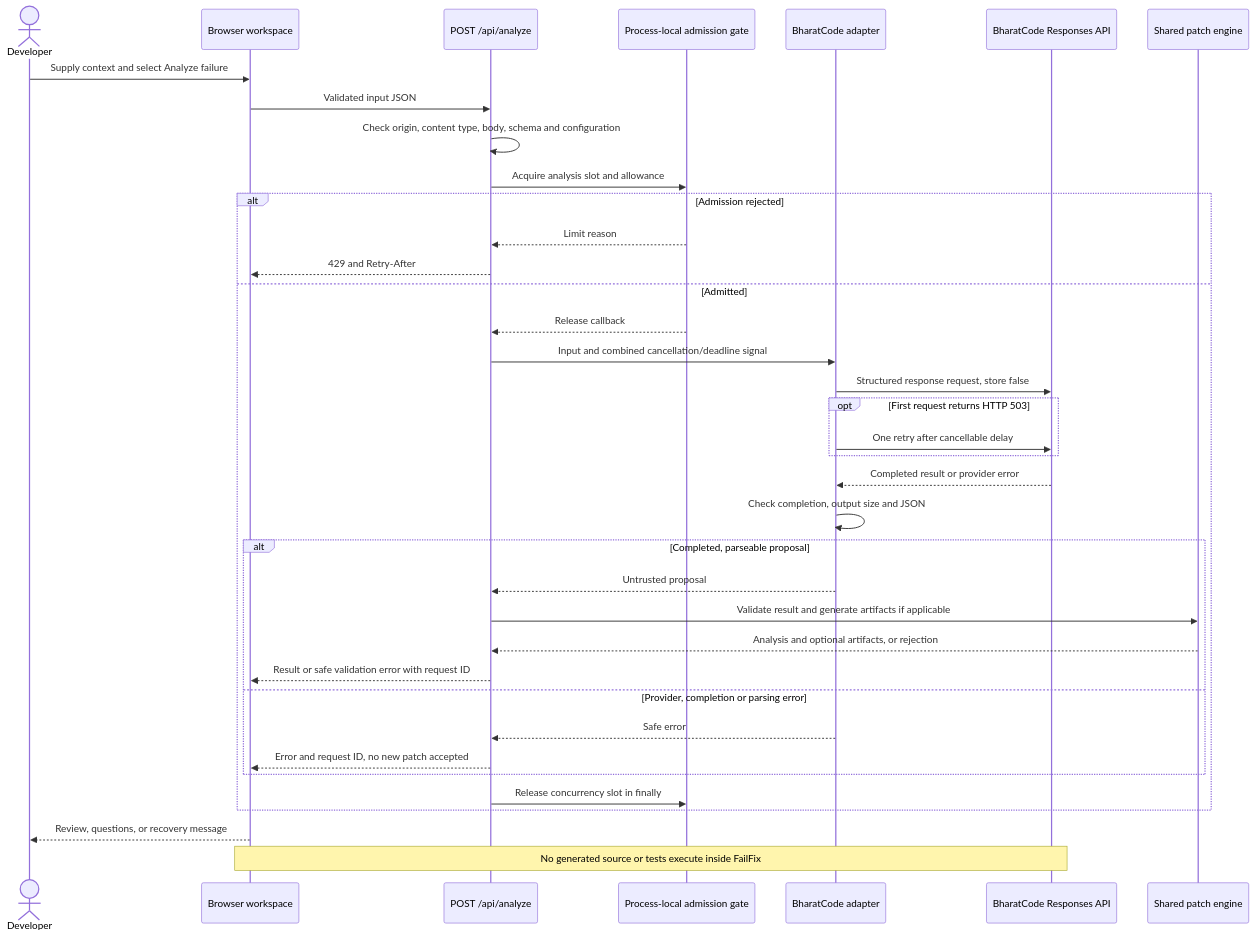
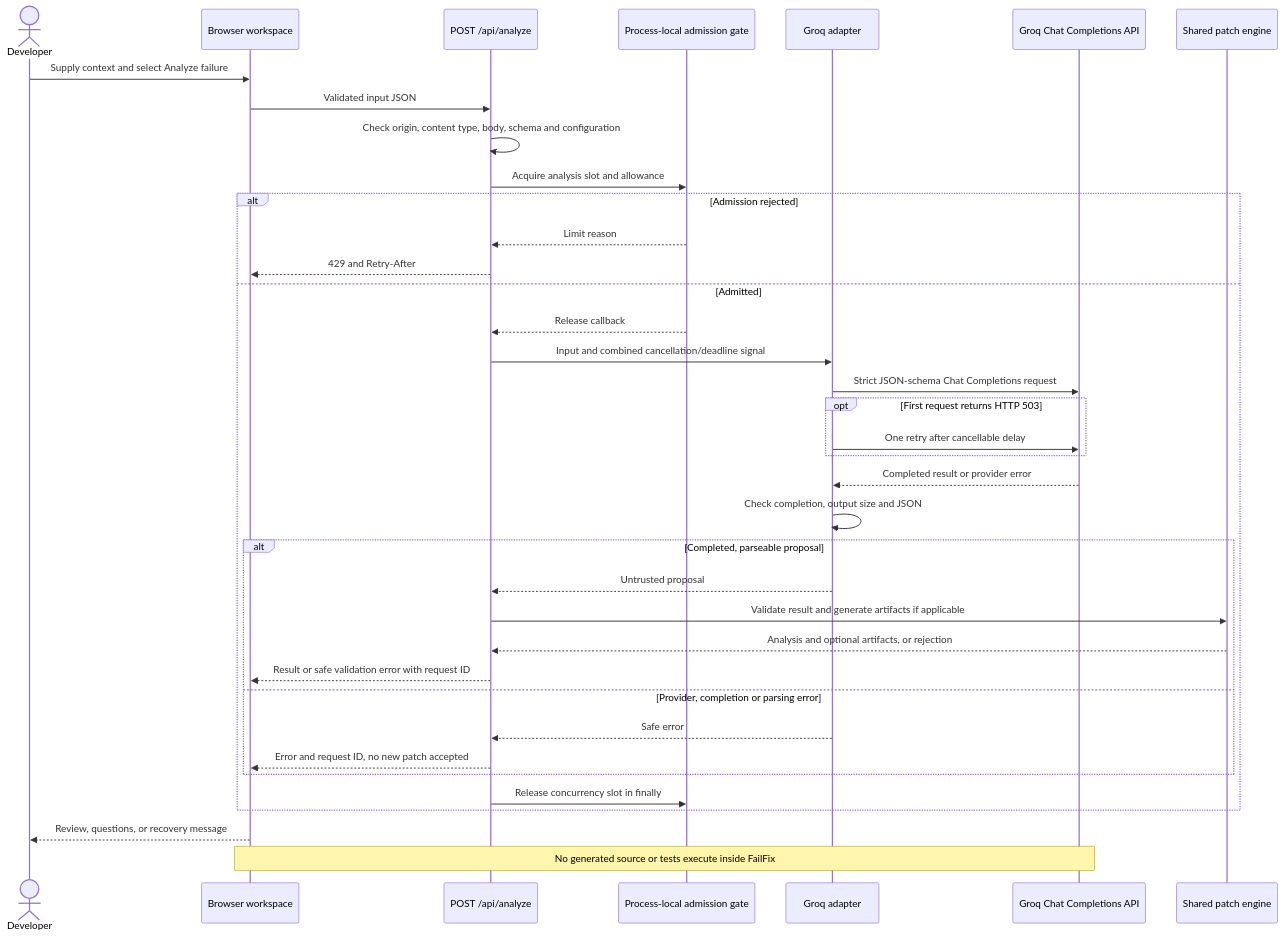
One commit to pjha26/Failfix changed the third of 3 diagrams in docs/architecture.md. Above: the diagram before and after it, drawn with Mermaid. The commit also changed other lines of this file and 22 other files, not shown here.

Commit message:
feat: migrate automatic debugging to the native Groq SDK

````diff
--- a/docs/architecture.md
+++ b/docs/architecture.md
@@ -86,39 +86,39 @@
 ```mermaid
 sequenceDiagram
   actor Developer
   participant UI as Browser workspace
   participant API as POST /api/analyze
   participant Gate as Process-local admission gate
-  participant SDK as BharatCode adapter
-  participant Model as BharatCode Responses API
+  participant SDK as Groq adapter
+  participant Model as Groq Chat Completions API
   participant Patch as Shared patch engine
   Developer->>UI: Supply context and select Analyze failure
   UI->>API: Validated input JSON
   API->>API: Check origin, content type, body, schema and configuration
   API->>Gate: Acquire analysis slot and allowance
   alt Admission rejected
     Gate-->>API: Limit reason
     API-->>UI: 429 and Retry-After
   else Admitted
     Gate-->>API: Release callback
     API->>SDK: Input and combined cancellation/deadline signal
-    SDK->>Model: Structured response request, store false
+    SDK->>Model: Strict JSON-schema Chat Completions request
     opt First request returns HTTP 503
       SDK->>Model: One retry after cancellable delay
     end
     Model-->>SDK: Completed result or provider error
     SDK->>SDK: Check completion, output size and JSON
     alt Completed, parseable proposal
       SDK-->>API: Untrusted proposal
       API->>Patch: Validate result and generate artifacts if applicable
       Patch-->>API: Analysis and optional artifacts, or rejection
       API-->>UI: Result or safe validation error with request ID
     else Provider, completion or parsing error
       SDK-->>API: Safe error
       API-->>UI: Error and request ID, no new patch accepted
     end
     API->>Gate: Release concurrency slot in finally
   end
   UI-->>Developer: Review, questions, or recovery message
   Note over UI,Model: No generated source or tests execute inside FailFix
 ```
````
